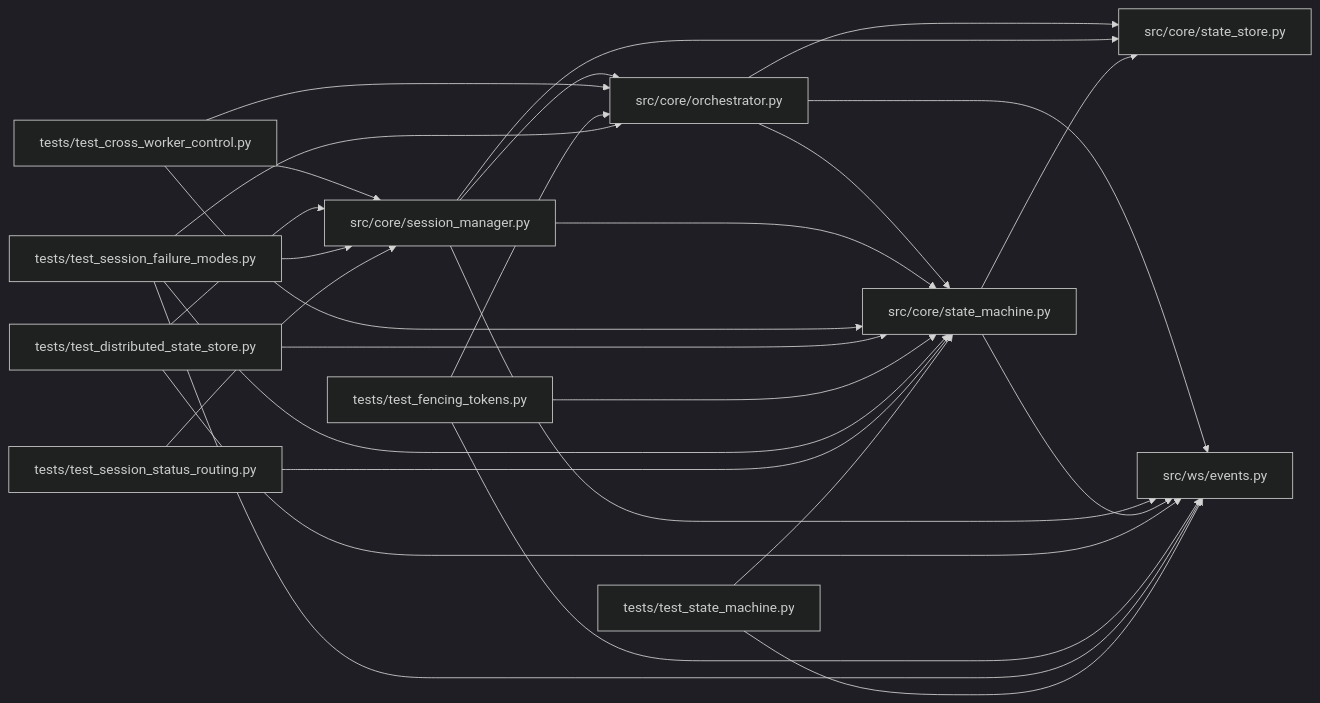
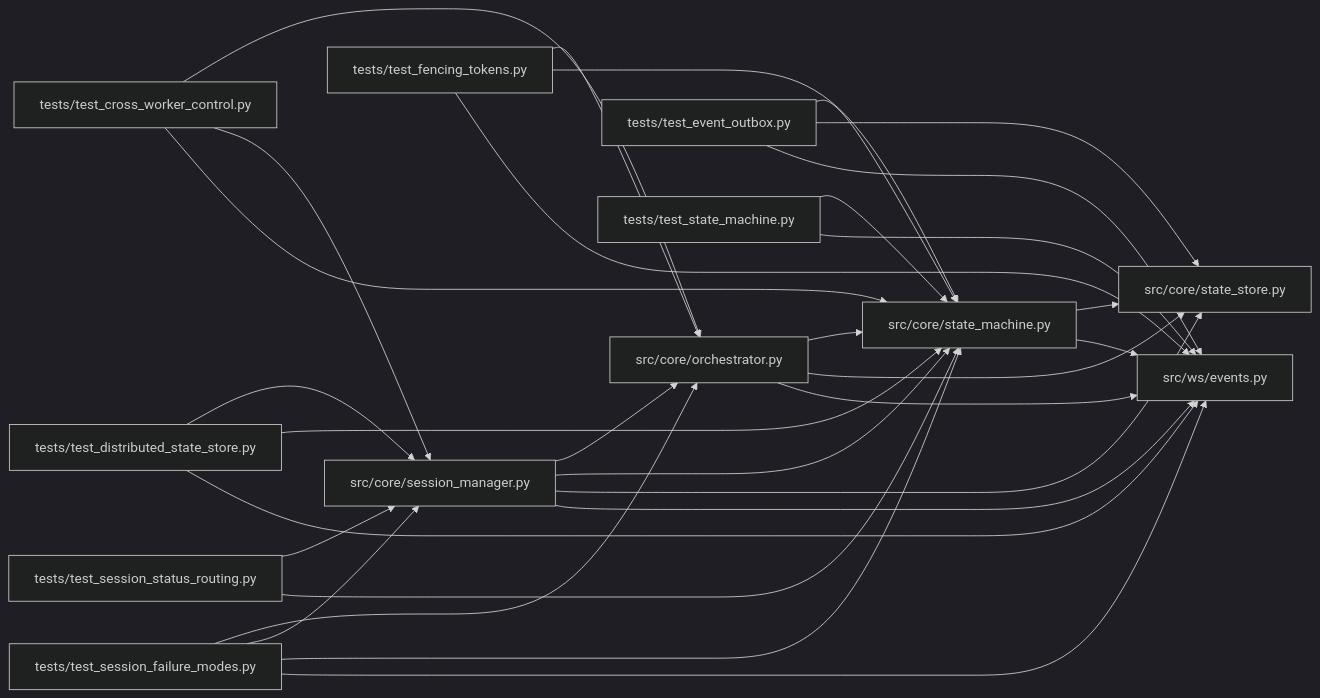
One commit to Denissvgn/autoresearch-agent changed the diagram in docs/llm_wiki/modules/state_machine.md. Above: the diagram before and after it, drawn with Mermaid (dark theme). The commit also changed other lines of this file and 1033 other files, not shown here.

````diff
--- a/docs/llm_wiki/modules/state_machine.md
+++ b/docs/llm_wiki/modules/state_machine.md
@@ -45,51 +46,56 @@
 ```mermaid
 flowchart LR
     n0["src/core/orchestrator.py"]
     n1["src/core/session_manager.py"]
     n2["src/core/state_machine.py"]
     n3["src/core/state_store.py"]
     n4["src/ws/events.py"]
     n5["tests/test_cross_worker_control.py"]
     n6["tests/test_distributed_state_store.py"]
-    n7["tests/test_fencing_tokens.py"]
-    n8["tests/test_session_failure_modes.py"]
-    n9["tests/test_session_status_routing.py"]
-    n10["tests/test_state_machine.py"]
+    n7["tests/test_event_outbox.py"]
+    n8["tests/test_fencing_tokens.py"]
+    n9["tests/test_session_failure_modes.py"]
+    n10["tests/test_session_status_routing.py"]
+    n11["tests/test_state_machine.py"]
     n0 --> n2
     n0 --> n3
     n0 --> n4
     n1 --> n0
     n1 --> n2
     n1 --> n3
     n1 --> n4
     n2 --> n3
     n2 --> n4
     n5 --> n0
     n5 --> n1
     n5 --> n2
     n6 --> n1
     n6 --> n2
     n6 --> n4
-    n7 --> n0
     n7 --> n2
+    n7 --> n3
     n7 --> n4
     n8 --> n0
-    n8 --> n1
     n8 --> n2
     n8 --> n4
+    n9 --> n0
     n9 --> n1
     n9 --> n2
+    n9 --> n4
+    n10 --> n1
     n10 --> n2
-    n10 --> n4
+    n11 --> n2
+    n11 --> n4
     click n0 "../modules/orchestrator.md"
     click n1 "../modules/session_manager.md"
     click n2 "../modules/state_machine.md"
     click n3 "../modules/state_store.md"
     click n4 "../modules/events.md"
     click n5 "../modules/test_cross_worker_control.md"
     click n6 "../modules/test_distributed_state_store.md"
-    click n7 "../modules/test_fencing_tokens.md"
-    click n8 "../modules/test_session_failure_modes.md"
-    click n9 "../modules/test_session_status_routing.md"
-    click n10 "../modules/test_state_machine.md"
+    click n7 "../modules/test_event_outbox.md"
+    click n8 "../modules/test_fencing_tokens.md"
+    click n9 "../modules/test_session_failure_modes.md"
+    click n10 "../modules/test_session_status_routing.md"
+    click n11 "../modules/test_state_machine.md"
 ```
````
